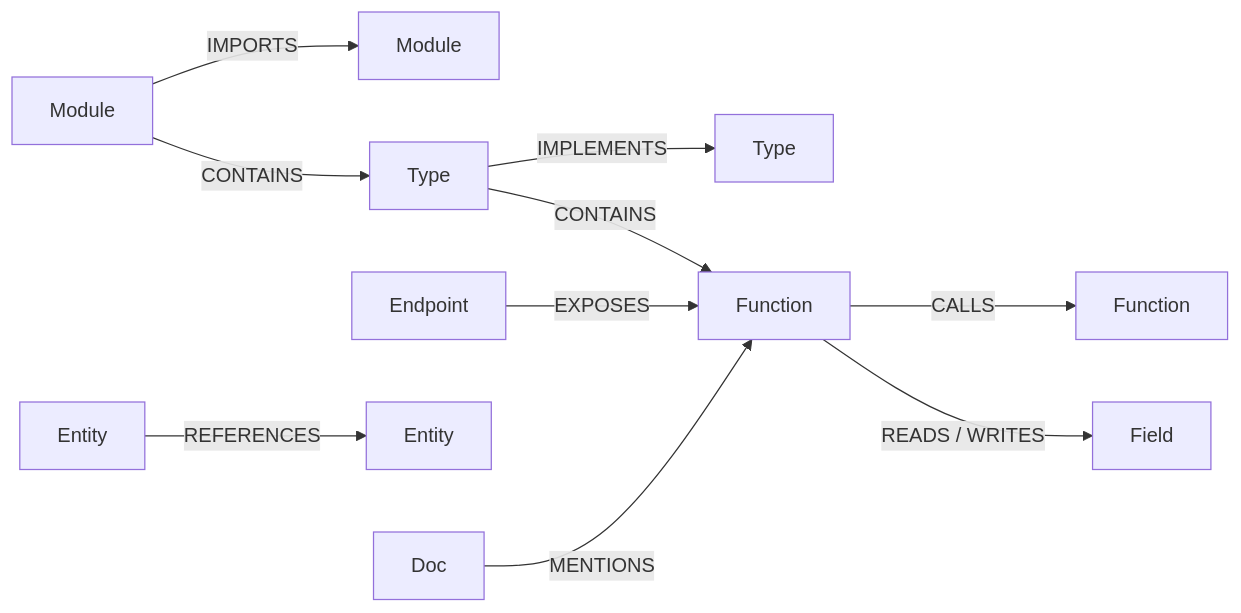
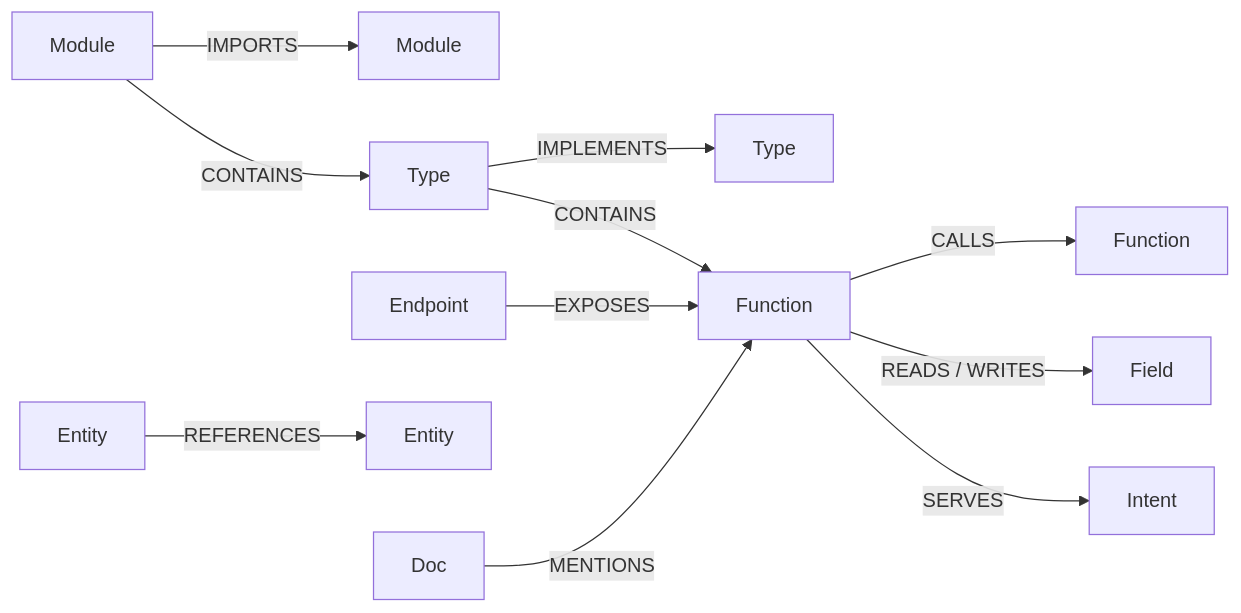
Before and after one commit to synaptixs/spine: the second of 5 diagrams in KNOWLEDGE_GRAPH.md, drawn with Mermaid. The commit also changed other lines of this file and 8 other files, not shown here.

````diff
--- a/KNOWLEDGE_GRAPH.md
+++ b/KNOWLEDGE_GRAPH.md
@@ -158,23 +166,25 @@
 ```mermaid
 flowchart LR
     M["Module"]
     M2["Module"]
     T["Type"]
     T2["Type"]
     F["Function"]
     F2["Function"]
     FL["Field"]
     EP["Endpoint"]
     EN["Entity"]
     EN2["Entity"]
     D["Doc"]
+    I["Intent"]
     M -->|CONTAINS| T
     M -->|IMPORTS| M2
     T -->|CONTAINS| F
     T -->|IMPLEMENTS| T2
     F -->|CALLS| F2
     F -->|READS / WRITES| FL
     EP -->|EXPOSES| F
     EN -->|REFERENCES| EN2
     D -->|MENTIONS| F
+    F -->|SERVES| I
 ```
````
